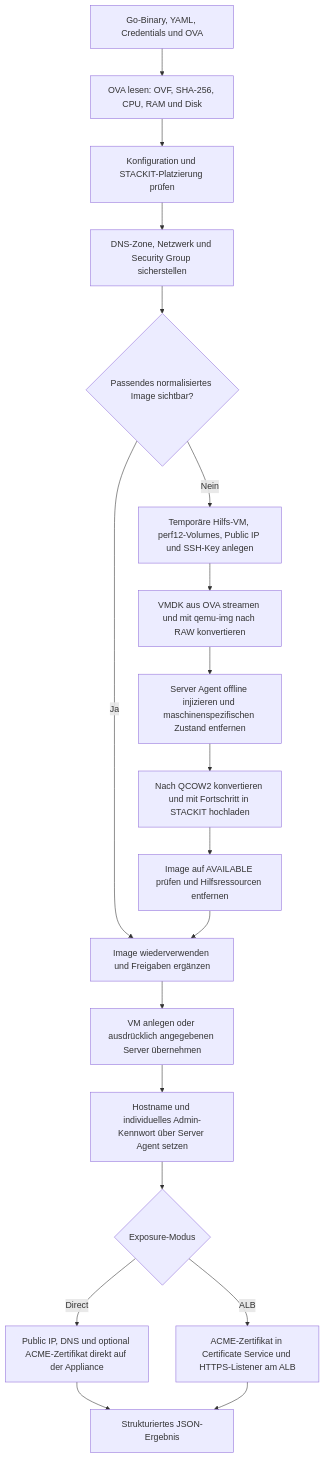
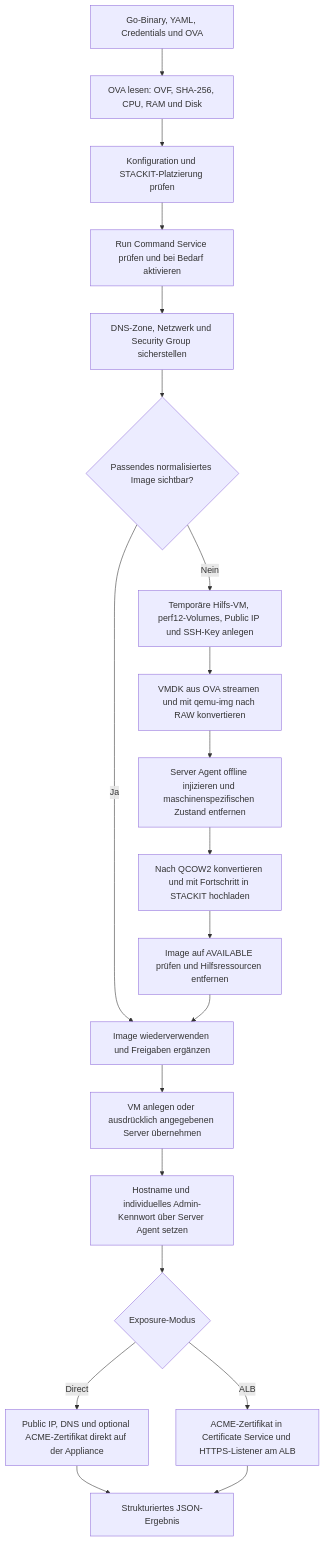
The first of 2 diagrams in README.md (stackitcloud/coriolis-stackit-installer), drawn with Mermaid before and after one commit. The commit also changed other lines of this file and 10 other files, not shown here.

Commit message:
Enable Run Command service automatically

````diff
--- a/README.md
+++ b/README.md
@@ -53,23 +54,24 @@
 ```mermaid
 flowchart TD
     A["Go-Binary, YAML, Credentials und OVA"] --> B["OVA lesen: OVF, SHA-256, CPU, RAM und Disk"]
     B --> C["Konfiguration und STACKIT-Platzierung prüfen"]
-    C --> D["DNS-Zone, Netzwerk und Security Group sicherstellen"]
+    C --> R["Run Command Service prüfen und bei Bedarf aktivieren"]
+    R --> D["DNS-Zone, Netzwerk und Security Group sicherstellen"]
     D --> E{"Passendes normalisiertes Image sichtbar?"}
 
     E -- Ja --> K["Image wiederverwenden und Freigaben ergänzen"]
     E -- Nein --> F["Temporäre Hilfs-VM, perf12-Volumes, Public IP und SSH-Key anlegen"]
     F --> G["VMDK aus OVA streamen und mit qemu-img nach RAW konvertieren"]
     G --> H["Server Agent offline injizieren und maschinenspezifischen Zustand entfernen"]
     H --> I["Nach QCOW2 konvertieren und mit Fortschritt in STACKIT hochladen"]
     I --> J["Image auf AVAILABLE prüfen und Hilfsressourcen entfernen"]
     J --> K
 
     K --> L["VM anlegen oder ausdrücklich angegebenen Server übernehmen"]
     L --> M["Hostname und individuelles Admin-Kennwort über Server Agent setzen"]
     M --> N{"Exposure-Modus"}
     N -- Direct --> O["Public IP, DNS und optional ACME-Zertifikat direkt auf der Appliance"]
     N -- ALB --> P["ACME-Zertifikat in Certificate Service und HTTPS-Listener am ALB"]
     O --> Q["Strukturiertes JSON-Ergebnis"]
     P --> Q
 ```
````
